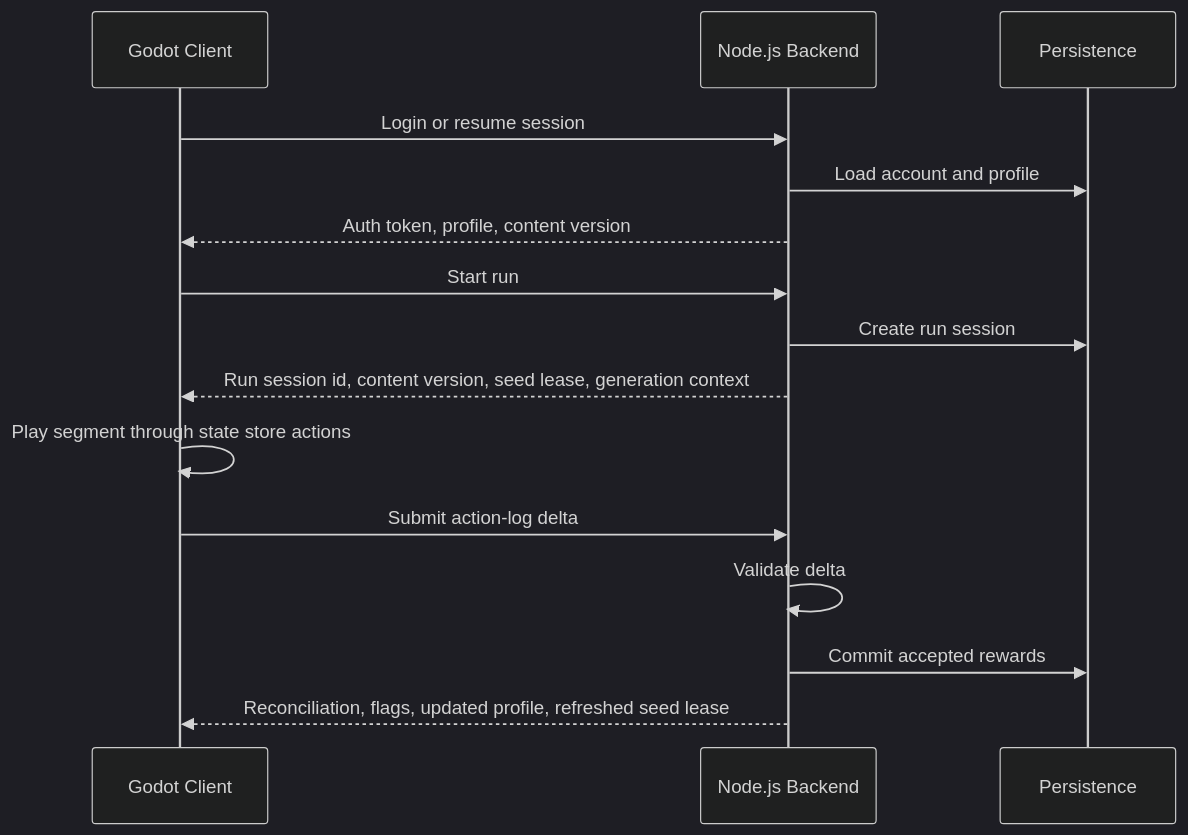
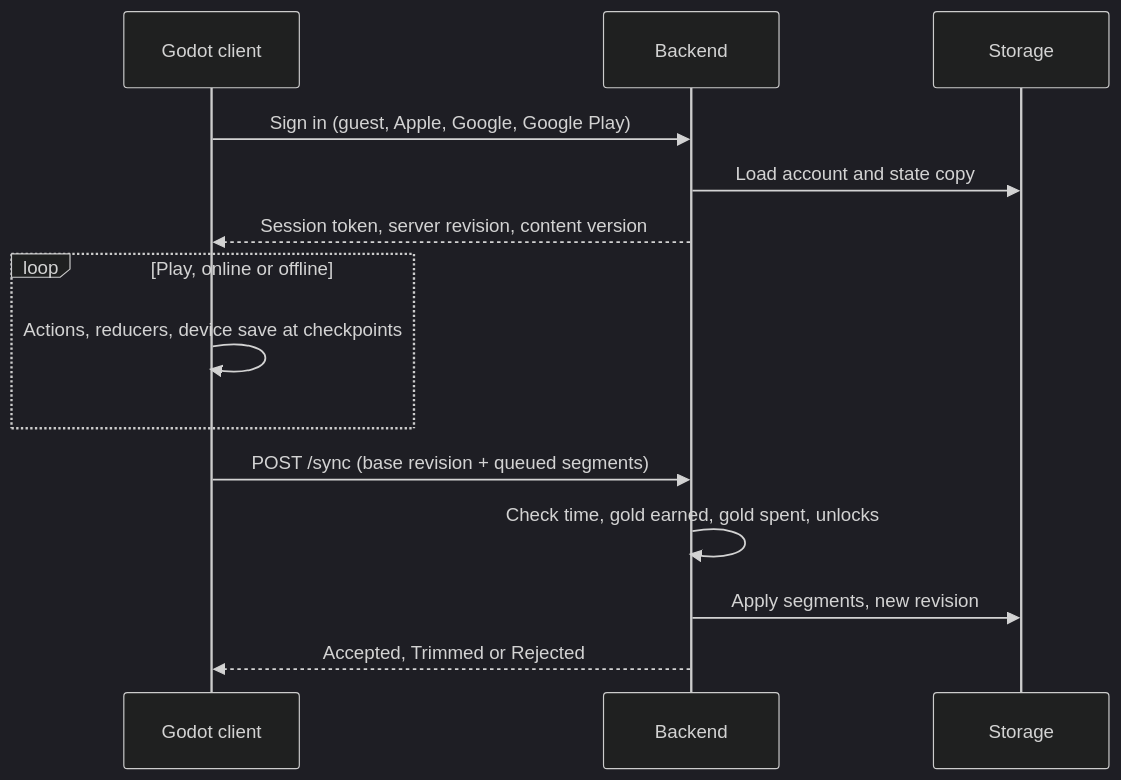
One commit to zachkw/vaporwave_vikings_idle changed the diagram in docs/technical/architecture.md. Above: the diagram before and after it, drawn with Mermaid (dark theme). The commit also changed other lines of this file and 32 other files, not shown here.

````diff
--- a/docs/technical/architecture.md
+++ b/docs/technical/architecture.md
@@ -16,18 +16,16 @@
 ```mermaid
 sequenceDiagram
-    participant Client as Godot Client
-    participant API as Node.js Backend
-    participant DB as Persistence
-
-    Client->>API: Login or resume session
-    API->>DB: Load account and profile
-    API-->>Client: Auth token, profile, content version
-    Client->>API: Start run
-    API->>DB: Create run session
-    API-->>Client: Run session id, content version, seed lease, generation context
-    Client->>Client: Play segment through state store actions
-    Client->>API: Submit action-log delta
-    API->>API: Validate delta
-    API->>DB: Commit accepted rewards
-    API-->>Client: Reconciliation, flags, updated profile, refreshed seed lease
+    participant C as Godot client
+    participant S as Backend
+    participant DB as Storage
+    C->>S: Sign in (guest, Apple, Google, Google Play)
+    S->>DB: Load account and state copy
+    S-->>C: Session token, server revision, content version
+    loop Play, online or offline
+        C->>C: Actions, reducers, device save at checkpoints
+    end
+    C->>S: POST /sync (base revision + queued segments)
+    S->>S: Check time, gold earned, gold spent, unlocks
+    S->>DB: Apply segments, new revision
+    S-->>C: Accepted, Trimmed or Rejected
 ```
````
